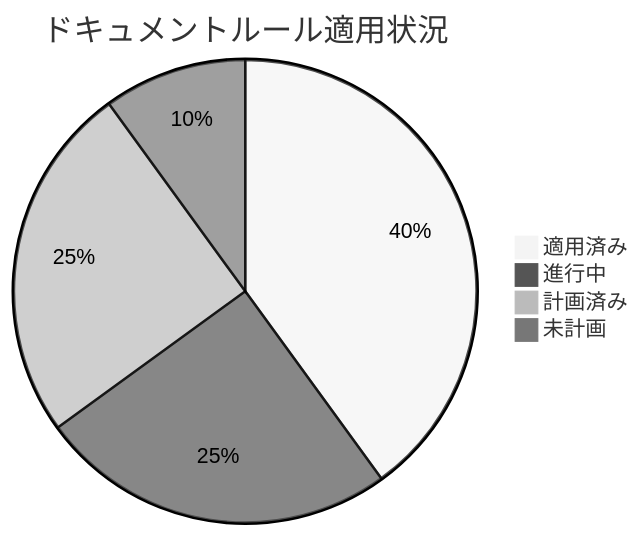
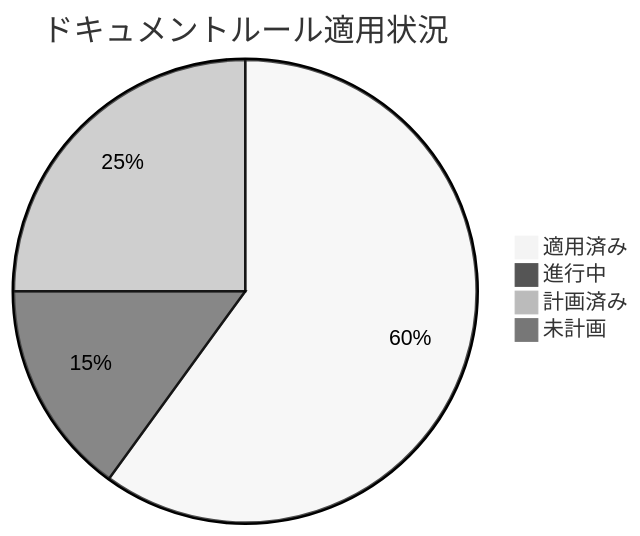
One commit to ToyB0x/git-resume changed the first of 2 diagrams in docs/PROGRESS.md. Above: the diagram before and after it, drawn with Mermaid (neutral theme). The commit also changed other lines of this file and 2 other files, not shown here.

````diff
--- a/docs/PROGRESS.md
+++ b/docs/PROGRESS.md
@@ -19,7 +19,7 @@
 ```mermaid
 pie title ドキュメントルール適用状況
-    "適用済み" : 40
-    "進行中" : 25
+    "適用済み" : 60
+    "進行中" : 15
     "計画済み" : 25
-    "未計画" : 10
+    "未計画" : 0
 ```
````
